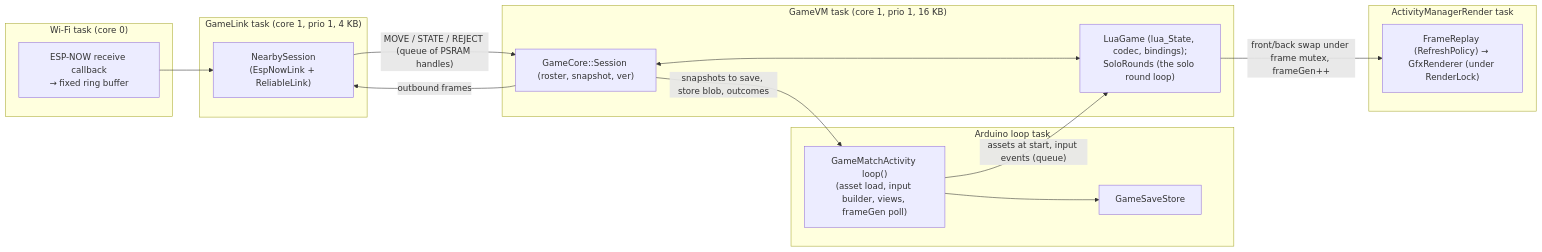
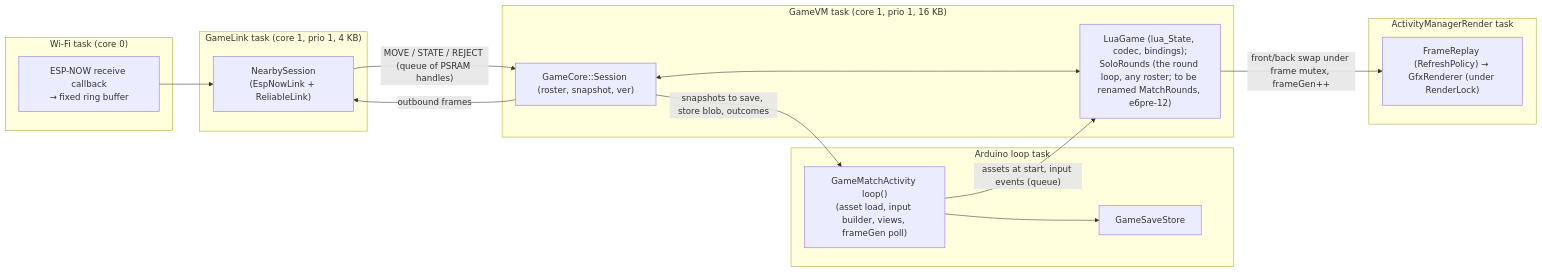
One commit to CarpeTelam/crosshatch-player changed the third of 4 diagrams in _bmad-output/planning-artifacts/architecture/architecture-crosshatch-player-2026-09-26/ARCHITECTURE-SPINE.md. Above: the diagram before and after it, drawn with Mermaid. The commit also changed other lines of this file and 14 other files, not shown here.

````diff
--- a/_bmad-output/planning-artifacts/architecture/architecture-crosshatch-player-2026-09-26/ARCHITECTURE-SPINE.md
+++ b/_bmad-output/planning-artifacts/architecture/architecture-crosshatch-player-2026-09-26/ARCHITECTURE-SPINE.md
@@ -448,29 +452,29 @@
 ```mermaid
 flowchart LR
   subgraph WiFiTask["Wi-Fi task (core 0)"]
     RX["ESP-NOW receive callback<br/>→ fixed ring buffer"]
   end
   subgraph LinkTask["GameLink task (core 1, prio 1, 4 KB)"]
     NS["NearbySession<br/>(EspNowLink + ReliableLink)"]
   end
   subgraph LoopTask["Arduino loop task"]
     MA["GameMatchActivity loop()<br/>(asset load, input builder, views, frameGen poll)"]
     SS["GameSaveStore"]
   end
   subgraph VMTask["GameVM task (core 1, prio 1, 16 KB)"]
     %% Amended 2026-09-28 (owner): SoloRounds and RefreshPolicy named (retro A2).
-    VM["LuaGame (lua_State, codec, bindings);<br/>SoloRounds (the solo round loop)"]
+    VM["LuaGame (lua_State, codec, bindings);<br/>SoloRounds (the round loop, any roster; to be renamed MatchRounds, e6pre-12)"]
     SE["GameCore::Session (roster, snapshot, ver)"]
   end
   subgraph RenderTask["ActivityManagerRender task"]
     RP["FrameReplay (RefreshPolicy) → GfxRenderer (under RenderLock)"]
   end
   RX --> NS
   NS -- "MOVE / STATE / REJECT (queue of PSRAM handles)" --> SE
   SE -- "outbound frames" --> NS
   MA -- "assets at start, input events (queue)" --> VM
   SE -- "snapshots to save, store blob, outcomes" --> MA
   MA --> SS
   VM -- "front/back swap under frame mutex, frameGen++" --> RP
   SE <--> VM
 ```
````
